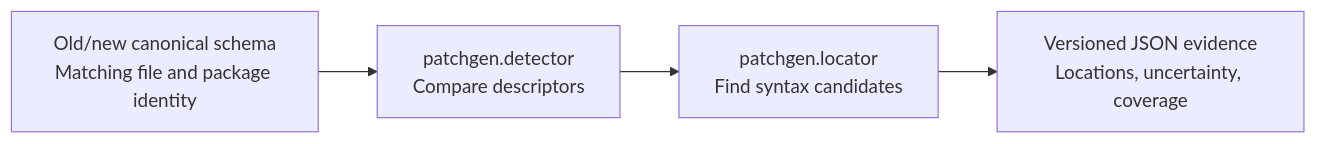
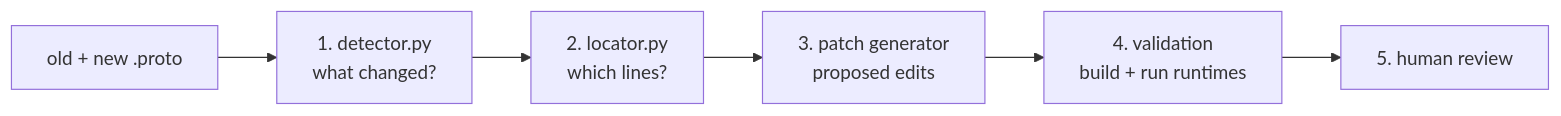
One commit to nurlanmnn/schema-sentinel-lab changed the diagram in README.md. Above: the diagram before and after it, drawn with Mermaid. The commit also changed other lines of this file and 18142 other files, not shown here.

````diff
--- a/README.md
+++ b/README.md
@@ -144,11 +15,8 @@
 ```mermaid
 flowchart LR
-    schemas["Old/new canonical schema<br/>Matching file and package identity"]
-    detector["patchgen.detector<br/>Compare descriptors"]
-    locator["patchgen.locator<br/>Find syntax candidates"]
-    matches["Versioned JSON evidence<br/>Locations, uncertainty, coverage"]
-
-    schemas --> detector
-    detector --> locator
-    locator --> matches
+    schema["old + new .proto"] --> detector["1. detector.py<br/>what changed?"]
+    detector --> locator["2. locator.py<br/>which lines?"]
+    locator --> patch["3. patch generator<br/>proposed edits"]
+    patch --> validate["4. validation<br/>build + run runtimes"]
+    validate --> review["5. human review"]
 ```
````
